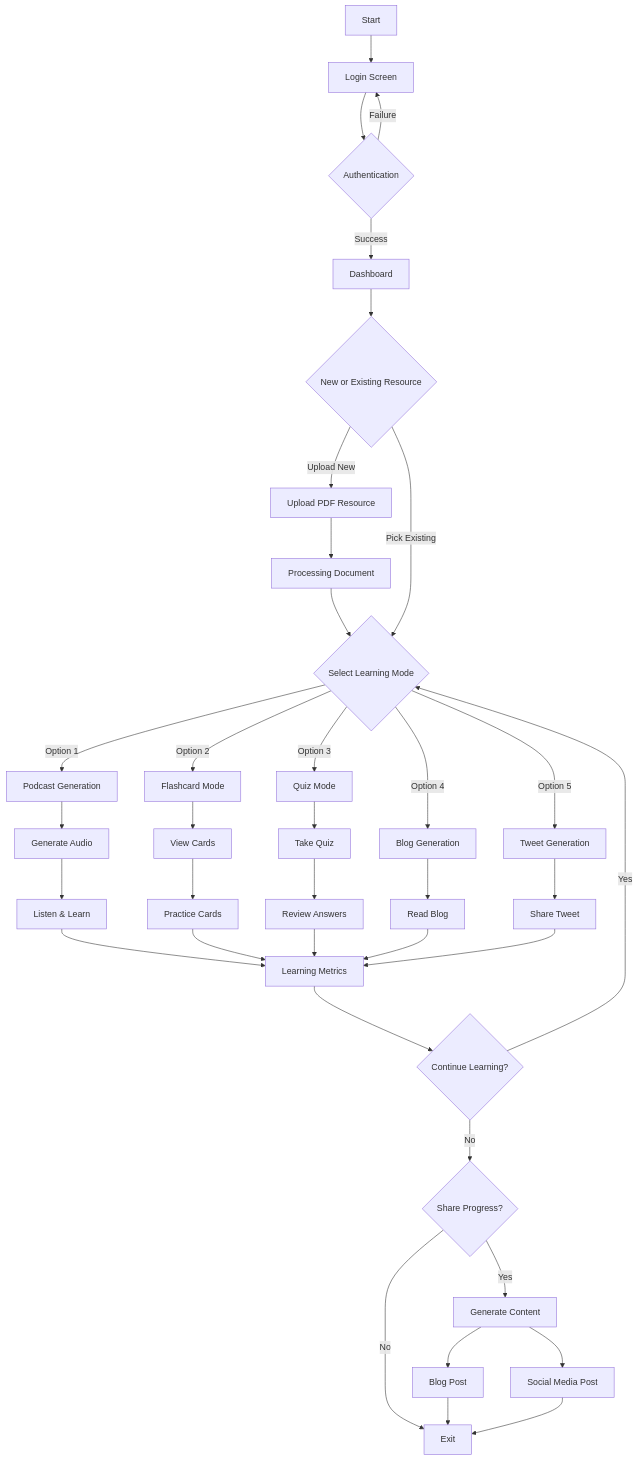
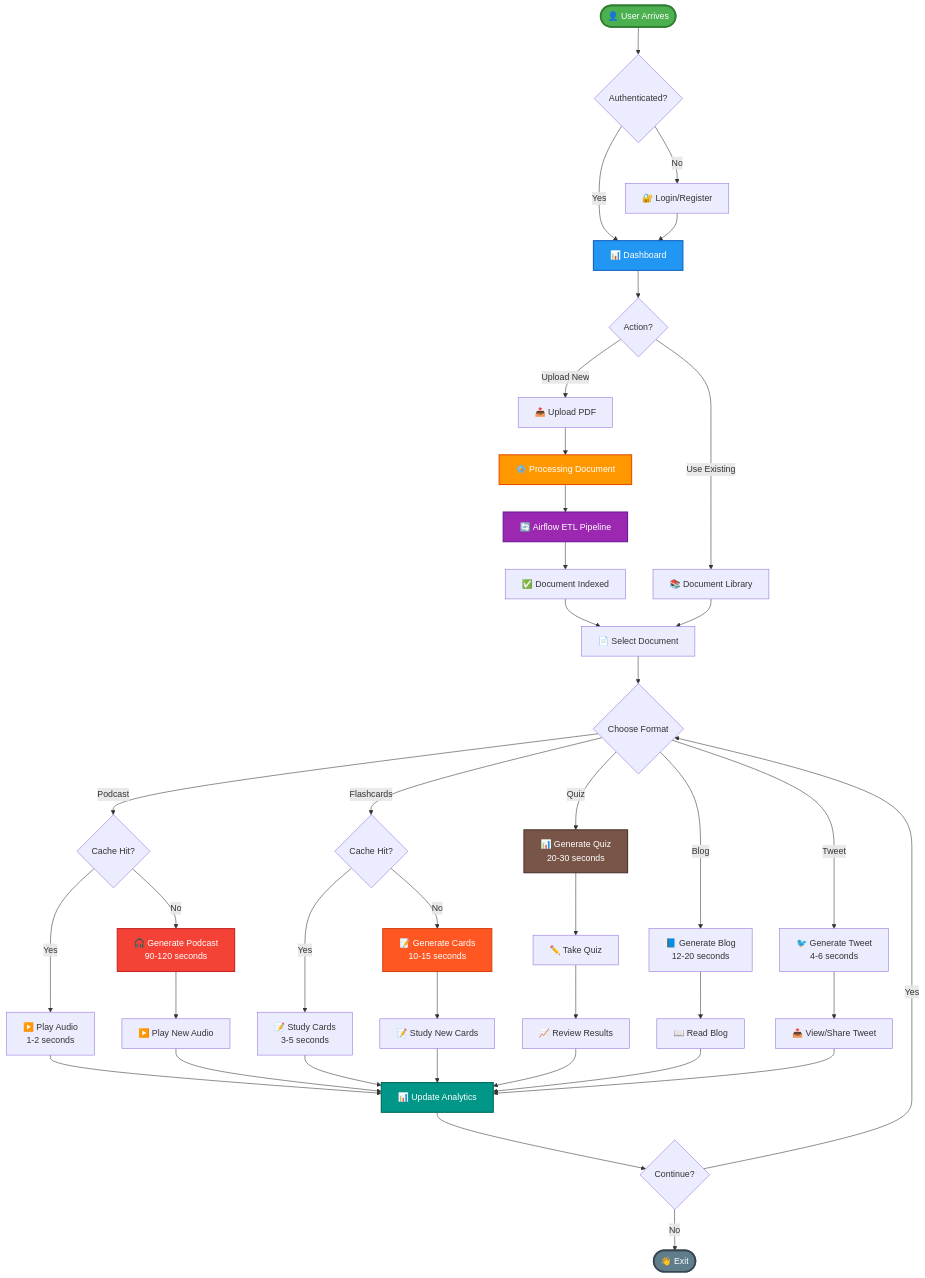
Before and after one commit to uk1601/LearnLab: the second of 3 diagrams in README.md, drawn with Mermaid. The commit also changed other lines of this file, not shown here.

````diff
--- a/README.md
+++ b/README.md
@@ -262,49 +202,62 @@
 ```mermaid
 flowchart TD
-  A[Start] --> B[Login Screen]
-  B --> C{Authentication}
-  C -->|Success| D[Dashboard]
-  C -->|Failure| B
-  
-  D --> E{New or Existing Resource}
-  
-  E -->|Upload New| F[Upload PDF Resource]
-  F --> G[Processing Document]
-  G --> H{Select Learning Mode}
-  
-  E -->|Pick Existing| H
-  
-  H -->|Option 1| I[Podcast Generation]
-  I --> I1[Generate Audio]
-  I1 --> I2[Listen & Learn]
-  I2 --> M[Learning Metrics]
-  
-  H -->|Option 2| J[Flashcard Mode]
-  J --> J1[View Cards]
-  J1 --> J2[Practice Cards]
-  J2 --> M
-  
-  H -->|Option 3| K[Quiz Mode]
-  K --> K1[Take Quiz]
-  K1 --> K2[Review Answers]
-  K2 --> M
-  
-  H -->|Option 4| N1[Blog Generation]
-  N1 --> N2[Read Blog]
-  N2 --> M
-  
-  H -->|Option 5| T1[Tweet Generation]
-  T1 --> T2[Share Tweet]
-  T2 --> M
-  
-  M --> N{Continue Learning?}
-  N -->|Yes| H
-  N -->|No| O{Share Progress?}
-  
-  O -->|Yes| P[Generate Content]
-  P --> P1[Blog Post]
-  P --> P2[Social Media Post]
-  O -->|No| Q[Exit]
-  P1 --> Q
-  P2 --> Q
+    Start([👤 User Arrives]) --> Auth{Authenticated?}
+    Auth -->|No| Login[🔐 Login/Register]
+    Auth -->|Yes| Dashboard[📊 Dashboard]
+    Login --> Dashboard
+    
+    Dashboard --> Choice{Action?}
+    
+    Choice -->|Upload New| Upload[📤 Upload PDF]
+    Choice -->|Use Existing| Library[📚 Document Library]
+    
+    Upload --> Process[⚙️ Processing Document]
+    Process --> ETL[🔄 Airflow ETL Pipeline]
+    ETL --> Indexed[✅ Document Indexed]
+    Indexed --> Select
+    
+    Library --> Select[📄 Select Document]
+    
+    Select --> Format{Choose Format}
+    
+    Format -->|Podcast| CheckCache1{Cache Hit?}
+    CheckCache1 -->|Yes| PlayCached[▶️ Play Audio<br/>1-2 seconds]
+    CheckCache1 -->|No| GenPodcast[🎧 Generate Podcast<br/>90-120 seconds]
+    GenPodcast --> PlayNew[▶️ Play New Audio]
+    PlayCached --> Metrics
+    PlayNew --> Metrics
+    
+    Format -->|Flashcards| CheckCache2{Cache Hit?}
+    CheckCache2 -->|Yes| StudyCached[📝 Study Cards<br/>3-5 seconds]
+    CheckCache2 -->|No| GenFlash[📝 Generate Cards<br/>10-15 seconds]
+    GenFlash --> StudyNew[📝 Study New Cards]
+    StudyCached --> Metrics
+    StudyNew --> Metrics
+    
+    Format -->|Quiz| GenQuiz[📊 Generate Quiz<br/>20-30 seconds]
+    GenQuiz --> TakeQuiz[✏️ Take Quiz]
+    TakeQuiz --> Review[📈 Review Results]
+    Review --> Metrics
+    
+    Format -->|Blog| GenBlog[📘 Generate Blog<br/>12-20 seconds]
+    GenBlog --> ReadBlog[📖 Read Blog]
+    ReadBlog --> Metrics
+    
+    Format -->|Tweet| GenTweet[🐦 Generate Tweet<br/>4-6 seconds]
+    GenTweet --> ShareTweet[📤 View/Share Tweet]
+    ShareTweet --> Metrics
+    
+    Metrics[📊 Update Analytics] --> Continue{Continue?}
+    Continue -->|Yes| Format
+    Continue -->|No| End([👋 Exit])
+    
+    style Start fill:#4CAF50,stroke:#2E7D32,stroke-width:3px,color:#fff
+    style Dashboard fill:#2196F3,stroke:#1565C0,stroke-width:2px,color:#fff
+    style Process fill:#FF9800,stroke:#E65100,stroke-width:2px,color:#fff
+    style ETL fill:#9C27B0,stroke:#6A1B9A,stroke-width:2px,color:#fff
+    style GenPodcast fill:#F44336,stroke:#C62828,stroke-width:2px,color:#fff
+    style GenFlash fill:#FF5722,stroke:#D84315,stroke-width:2px,color:#fff
+    style GenQuiz fill:#795548,stroke:#4E342E,stroke-width:2px,color:#fff
+    style Metrics fill:#009688,stroke:#00695C,stroke-width:2px,color:#fff
+    style End fill:#607D8B,stroke:#37474F,stroke-width:3px,color:#fff
 ```
````
